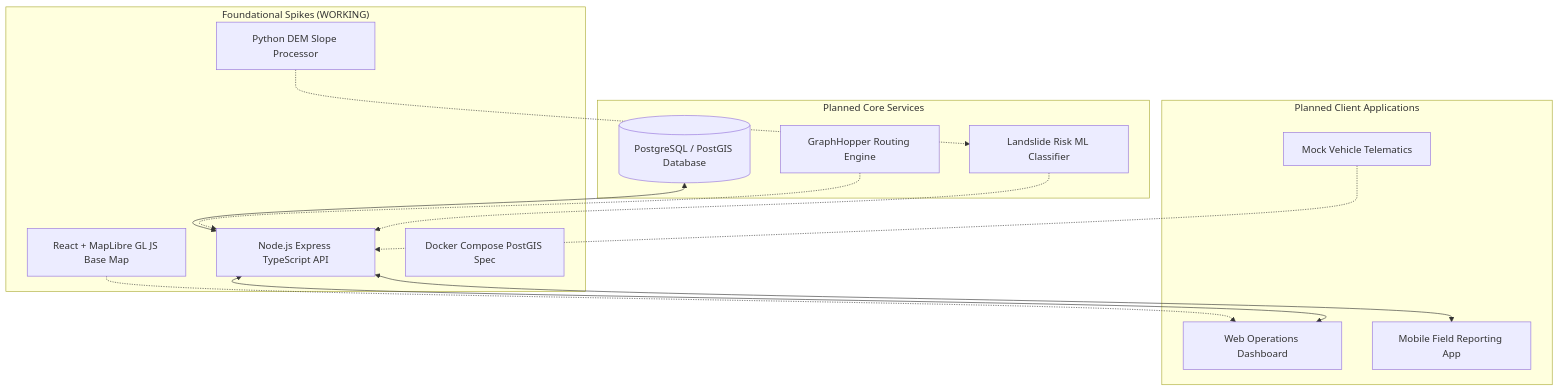
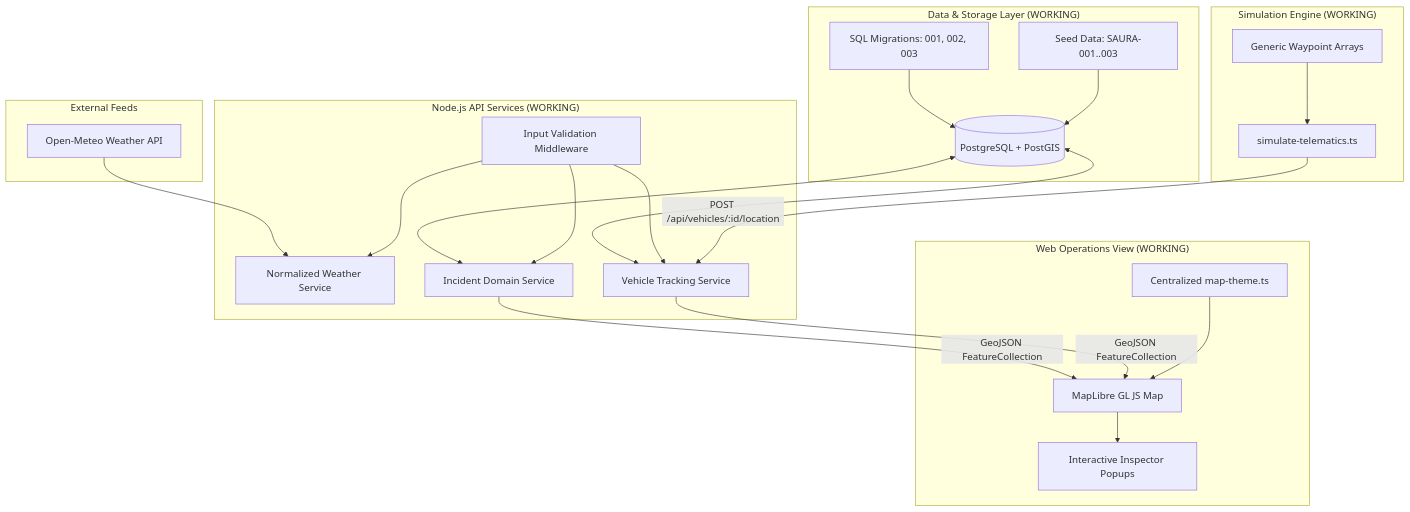
Before and after one commit to ParthKaretiya/team-saura-sih26002: the diagram in docs/architecture.md, drawn with Mermaid. The commit also changed other lines of this file and 1 other file, not shown here.

Commit message:
docs: update architecture status and engineering setup guide for Step 4

````diff
--- a/docs/architecture.md
+++ b/docs/architecture.md
@@ -27,33 +30,46 @@
 ```mermaid
 graph TD
-    %% Working Components
-    subgraph Working_Foundations ["Foundational Spikes (WORKING)"]
-        DEM[Python DEM Slope Processor]
-        API[Node.js Express TypeScript API]
-        WEB[React + MapLibre GL JS Base Map]
-        DOCKER[Docker Compose PostGIS Spec]
+    %% PostGIS & Data
+    subgraph Data_Layer ["Data & Storage Layer (WORKING)"]
+        PostGIS[(PostgreSQL + PostGIS)]
+        Migrations[SQL Migrations: 001, 002, 003]
+        Seeds[Seed Data: SAURA-001..003]
     end
 
-    %% In Progress / Planned Layers
-    subgraph Planned_Core ["Planned Core Services"]
-        GH[GraphHopper Routing Engine]
-        MLModel[Landslide Risk ML Classifier]
-        DB[(PostgreSQL / PostGIS Database)]
+    %% External Services
+    subgraph External_Feeds ["External Feeds"]
+        OpenMeteo[Open-Meteo Weather API]
     end
 
-    subgraph Planned_Clients ["Planned Client Applications"]
-        Dash[Web Operations Dashboard]
-        Mobile[Mobile Field Reporting App]
-        Sim[Mock Vehicle Telematics]
+    %% Backend Services
+    subgraph API_Services ["Node.js API Services (WORKING)"]
+        WeatherSvc[Normalized Weather Service]
+        IncidentSvc[Incident Domain Service]
+        VehicleSvc[Vehicle Tracking Service]
+        Validator[Input Validation Middleware]
     end
 
-    %% Connections
-    DEM -.-> MLModel
-    MLModel -.-> API
-    GH -.-> API
-    DB <--> API
-    API <--> Dash
-    API <--> Mobile
-    Sim -.-> API
-    WEB -.-> Dash
+    %% Telemetry Simulation
+    subgraph Sim_Engine ["Simulation Engine (WORKING)"]
+        Waypoints[Generic Waypoint Arrays] --> SimScript[simulate-telematics.ts]
+    end
+
+    %% Frontend Web
+    subgraph Web_Client ["Web Operations View (WORKING)"]
+        MapLibre[MapLibre GL JS Map]
+        ThemeCfg[Centralized map-theme.ts]
+        Popup[Interactive Inspector Popups]
+    end
+
+    OpenMeteo --> WeatherSvc
+    Migrations --> PostGIS
+    Seeds --> PostGIS
+    PostGIS <--> IncidentSvc
+    PostGIS <--> VehicleSvc
+    Validator --> IncidentSvc & VehicleSvc & WeatherSvc
+    SimScript -->|POST /api/vehicles/:id/location| VehicleSvc
+    IncidentSvc -->|GeoJSON FeatureCollection| MapLibre
+    VehicleSvc -->|GeoJSON FeatureCollection| MapLibre
+    ThemeCfg --> MapLibre
+    MapLibre --> Popup
 ```
````
